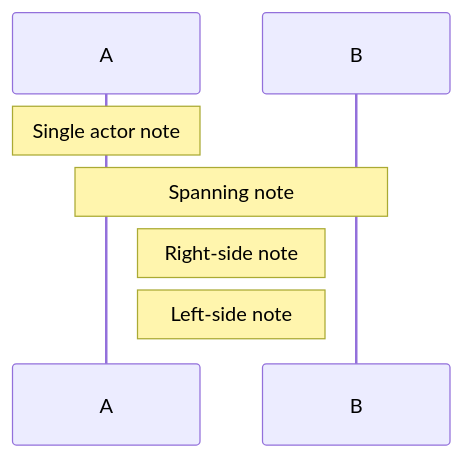
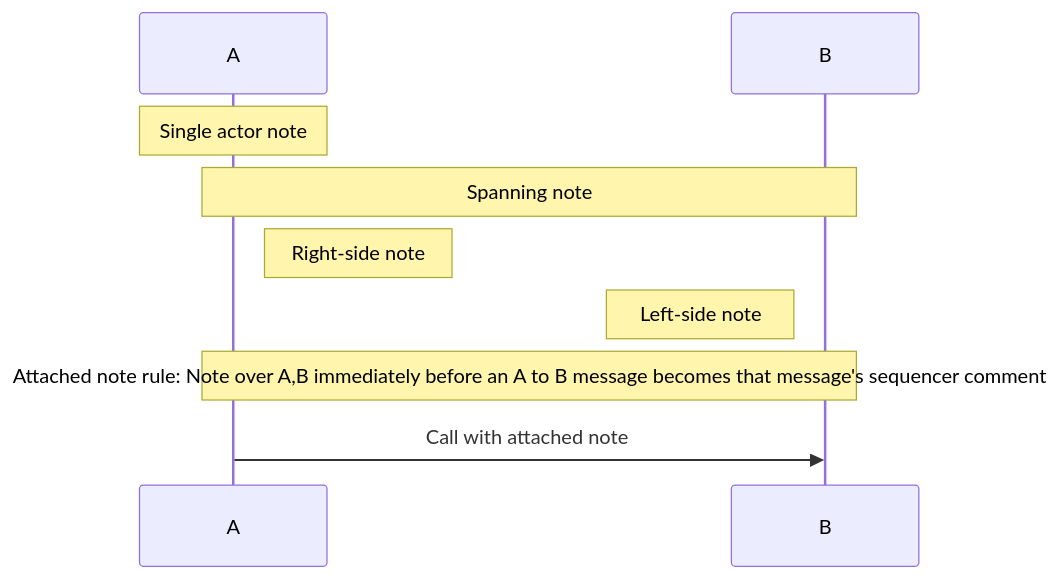
Before and after one commit to andrewgepearce/sequencer-svg: the diagram in examples/readme/notes.mmd, drawn with Mermaid. The commit also changed 30 other files, not shown here.

Commit message:
feat: refine Mermaid return and note semantics

```diff
--- a/examples/readme/notes.mmd
+++ b/examples/readme/notes.mmd
@@ -1,7 +1,9 @@
 sequenceDiagram
     participant A
     participant B
     Note over A: Single actor note
     Note over A,B: Spanning note
     Note right of A: Right-side note
     Note left of B: Left-side note
+    Note over A,B: Attached note rule: Note over A,B immediately before an A to B message becomes that message's sequencer comment
+    A->>B: Call with attached note
```
